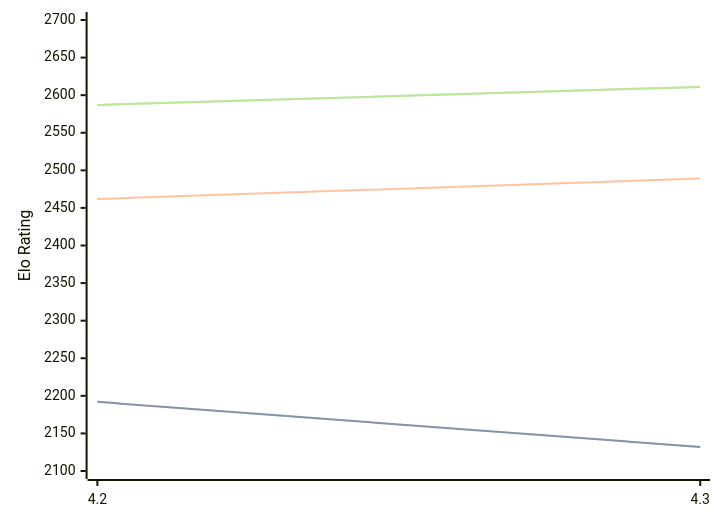
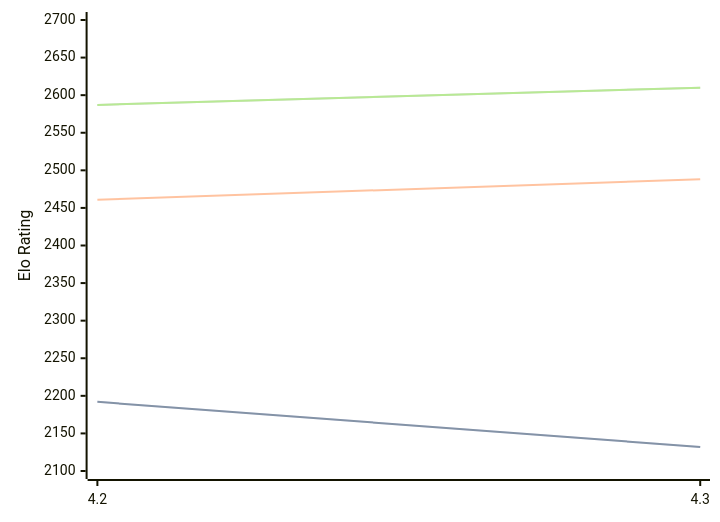
One commit to computer-chess-index/cci changed the diagram in engines/Eubos.md. Above: the diagram before and after it, drawn with Mermaid. The commit also changed other lines of this file, not shown here.

Commit message:
Update CCI Ratings (ELO VLTC) - 2026-04-17

````diff
--- a/engines/Eubos.md
+++ b/engines/Eubos.md
@@ -88,11 +88,11 @@
 ```mermaid
 %%{init: {"theme":"base","themeVariables":{"seriesColors:['#a3a3a3','#222221','#faa371']}}}%%
 xychart-beta
   x-axis ["4.2", "4.3"]
   y-axis "Elo Rating" 2100 --> 2700
   line "STC (8.0+0.08s)" [2192, 2132]
   line "STC (8.0+0.08s)" [2192, 2132]
-  line "LTC (60.0+0.60s)" [2462, 2489]
-  line "VLTC (2m24s+1.12s)" [2587, 2611]
-  line "VLTC (2m24s+1.12s)" [2587, 2611]
+  line "LTC (60.0+0.60s)" [2461, 2488]
+  line "VLTC (2m24s+1.12s)" [2587, 2610]
+  line "VLTC (2m24s+1.12s)" [2587, 2610]
 ```
````
